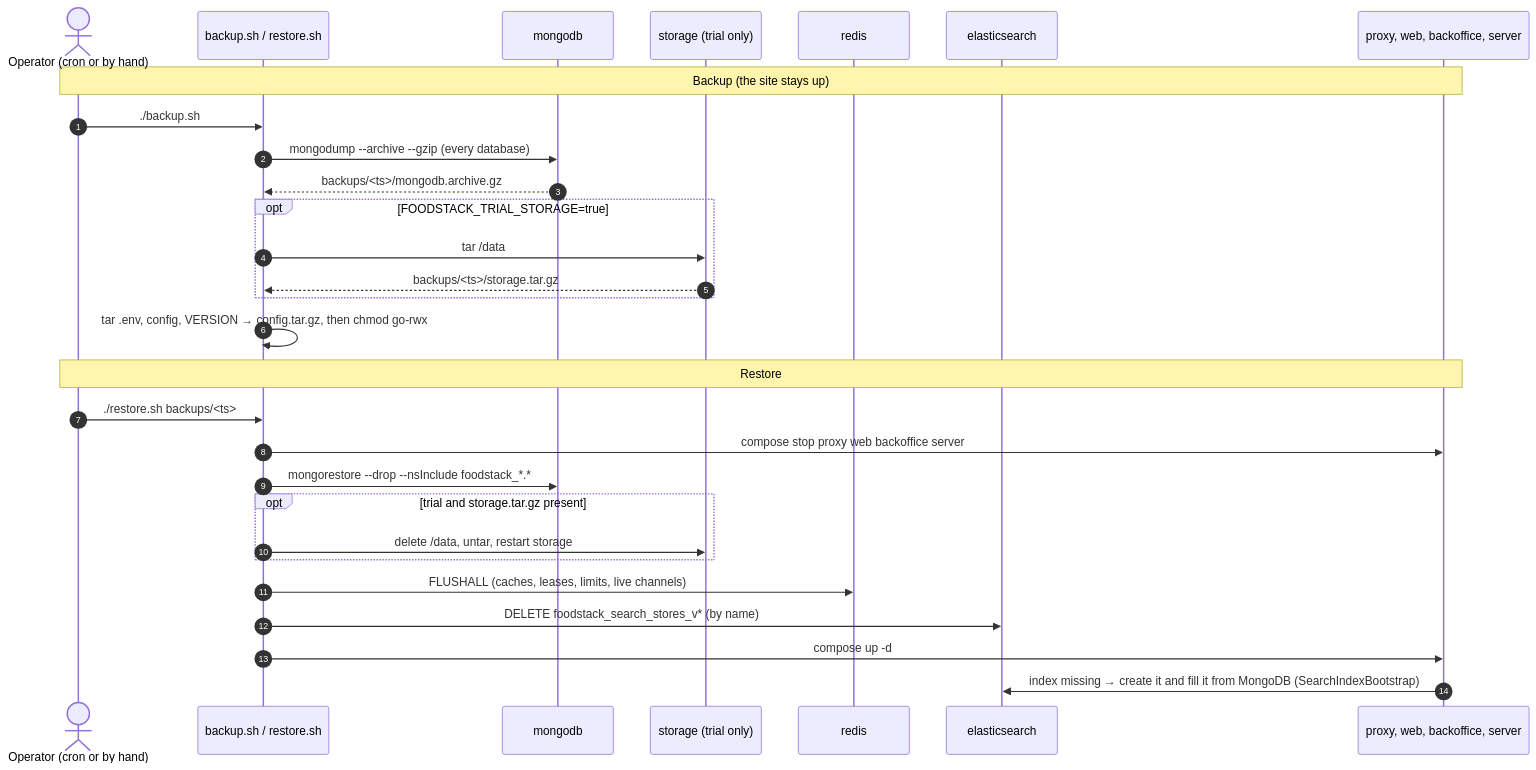
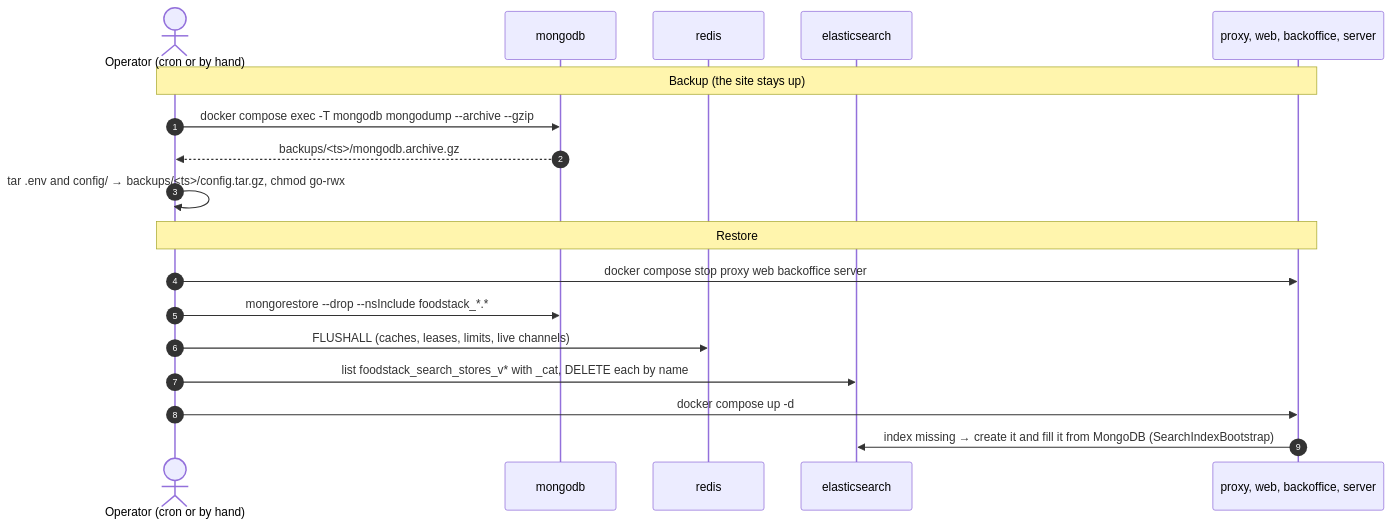
The first of 5 diagrams in docs/architecture/11-operations.md (ilyaslabs/foodstack), drawn with Mermaid before and after one commit. The commit also changed other lines of this file and 105 other files, not shown here.

First line of the commit message:
Docker Compose replaces the unit deployer; per-service settings; migration guide (#18)

````diff
--- a/docs/architecture/11-operations.md
+++ b/docs/architecture/11-operations.md
@@ -11,33 +11,22 @@
 ```mermaid
 sequenceDiagram
     autonumber
     actor Op as Operator (cron or by hand)
-    participant B as backup.sh / restore.sh
     participant M as mongodb
-    participant S as storage (trial only)
     participant R as redis
     participant E as elasticsearch
     participant App as proxy, web, backoffice, server
 
     Note over Op,App: Backup (the site stays up)
-    Op->>B: ./backup.sh
-    B->>M: mongodump --archive --gzip (every database)
-    M-->>B: backups/<ts>/mongodb.archive.gz
-    opt FOODSTACK_TRIAL_STORAGE=true
-        B->>S: tar /data
-        S-->>B: backups/<ts>/storage.tar.gz
-    end
-    B->>B: tar .env, config, VERSION → config.tar.gz, then chmod go-rwx
+    Op->>M: docker compose exec -T mongodb mongodump --archive --gzip
+    M-->>Op: backups/<ts>/mongodb.archive.gz
+    Op->>Op: tar .env and config/ → backups/<ts>/config.tar.gz, chmod go-rwx
 
     Note over Op,App: Restore
-    Op->>B: ./restore.sh backups/<ts>
-    B->>App: compose stop proxy web backoffice server
-    B->>M: mongorestore --drop --nsInclude foodstack_*.*
-    opt trial and storage.tar.gz present
-        B->>S: delete /data, untar, restart storage
-    end
-    B->>R: FLUSHALL (caches, leases, limits, live channels)
-    B->>E: DELETE foodstack_search_stores_v* (by name)
-    B->>App: compose up -d
+    Op->>App: docker compose stop proxy web backoffice server
+    Op->>M: mongorestore --drop --nsInclude foodstack_*.*
+    Op->>R: FLUSHALL (caches, leases, limits, live channels)
+    Op->>E: list foodstack_search_stores_v* with _cat, DELETE each by name
+    Op->>App: docker compose up -d
     App->>E: index missing → create it and fill it from MongoDB (SearchIndexBootstrap)
 ```
````
